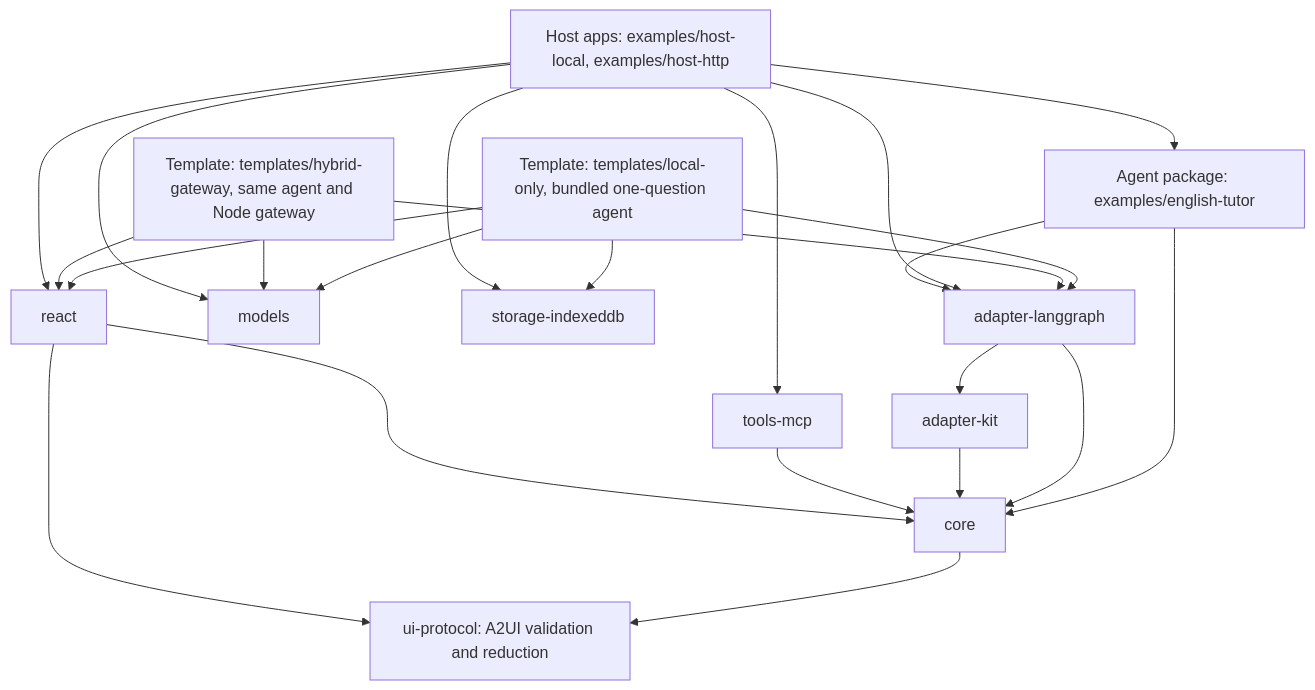
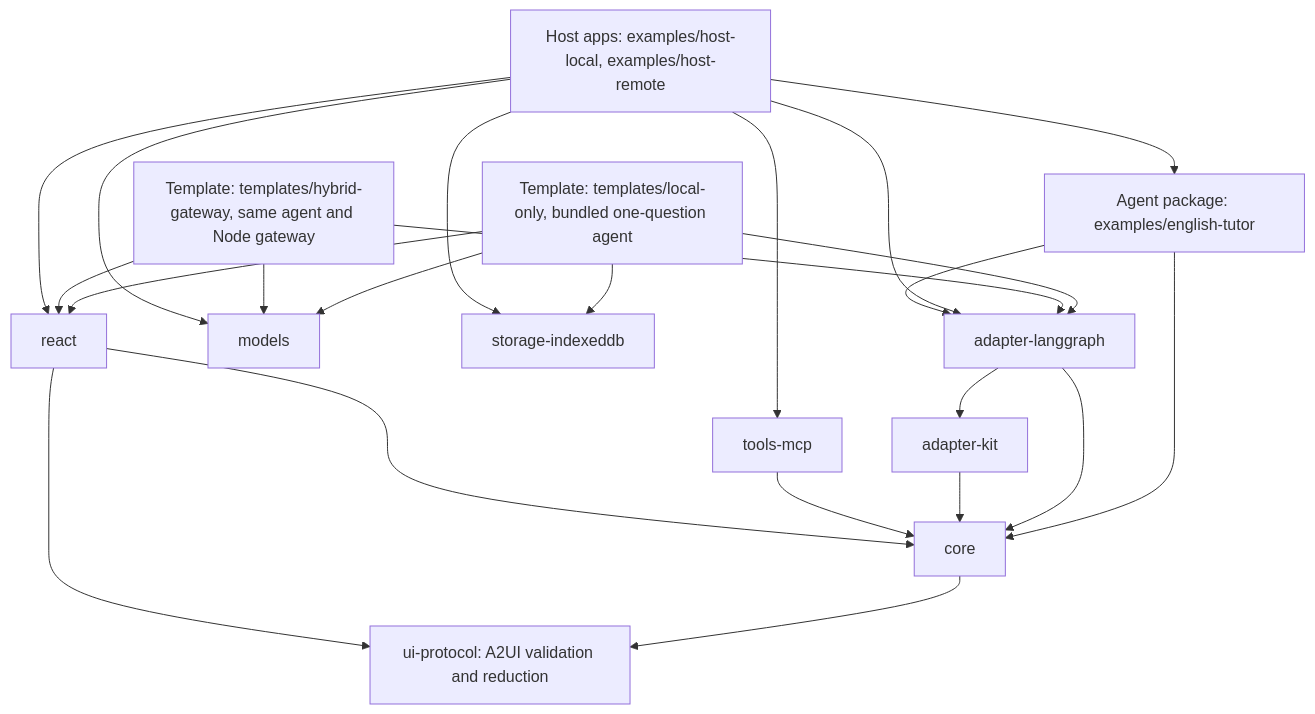
Before and after one commit to vinhnxv/galaxie: the second of 8 diagrams in docs/system-design.md, drawn with Mermaid. The commit also changed other lines of this file and 37 other files, not shown here.

````diff
--- a/docs/system-design.md
+++ b/docs/system-design.md
@@ -94,16 +94,16 @@
 ```mermaid
 flowchart TD
-    Host["Host apps: examples/host-local, examples/host-http"]
+    Host["Host apps: examples/host-local, examples/host-remote"]
     Starter["Template: templates/local-only, bundled one-question agent"]
     Starter --> Adapter & Models & Storage & ReactPkg
     HybridStarter["Template: templates/hybrid-gateway, same agent and Node gateway"]
     HybridStarter --> Adapter & Models & ReactPkg
     Tutor["Agent package: examples/english-tutor"]
     Host --> Tutor
     Host --> Adapter["adapter-langgraph"] & Models["models"] & Mcp["tools-mcp"] & Storage["storage-indexeddb"] & ReactPkg["react"]
     Tutor --> Core["core"] & Adapter
     Adapter --> Kit["adapter-kit"]
     Protocol["ui-protocol: A2UI validation and reduction"]
     Adapter & Kit & Mcp & ReactPkg --> Core
     Core & ReactPkg --> Protocol
 ```
````
